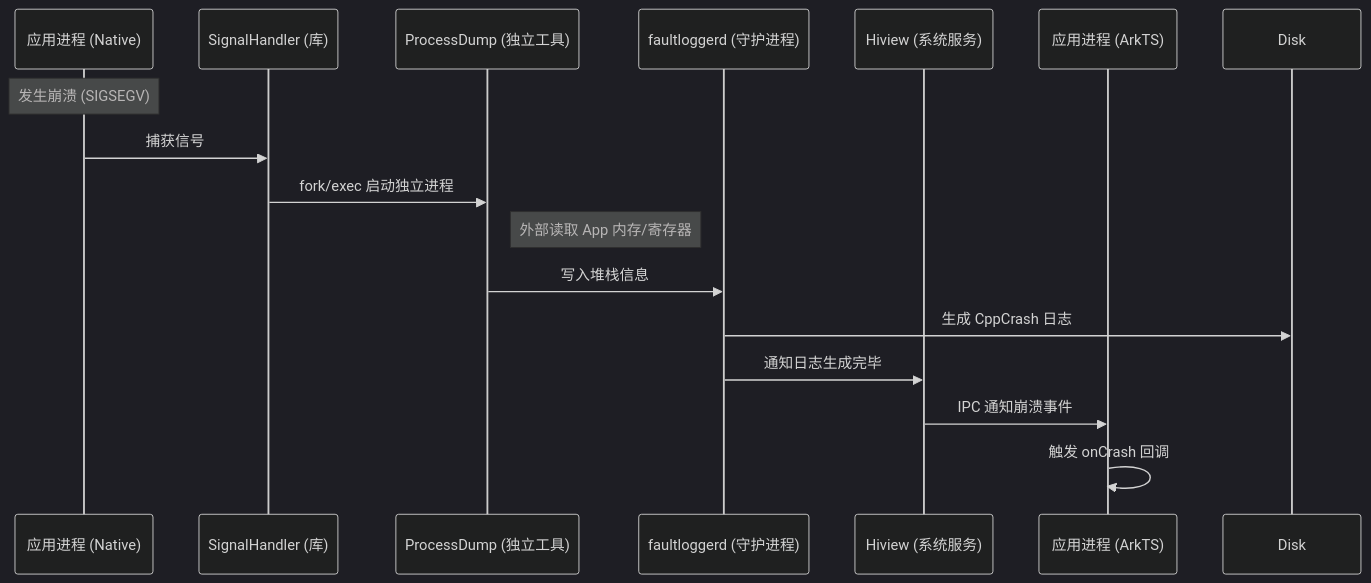
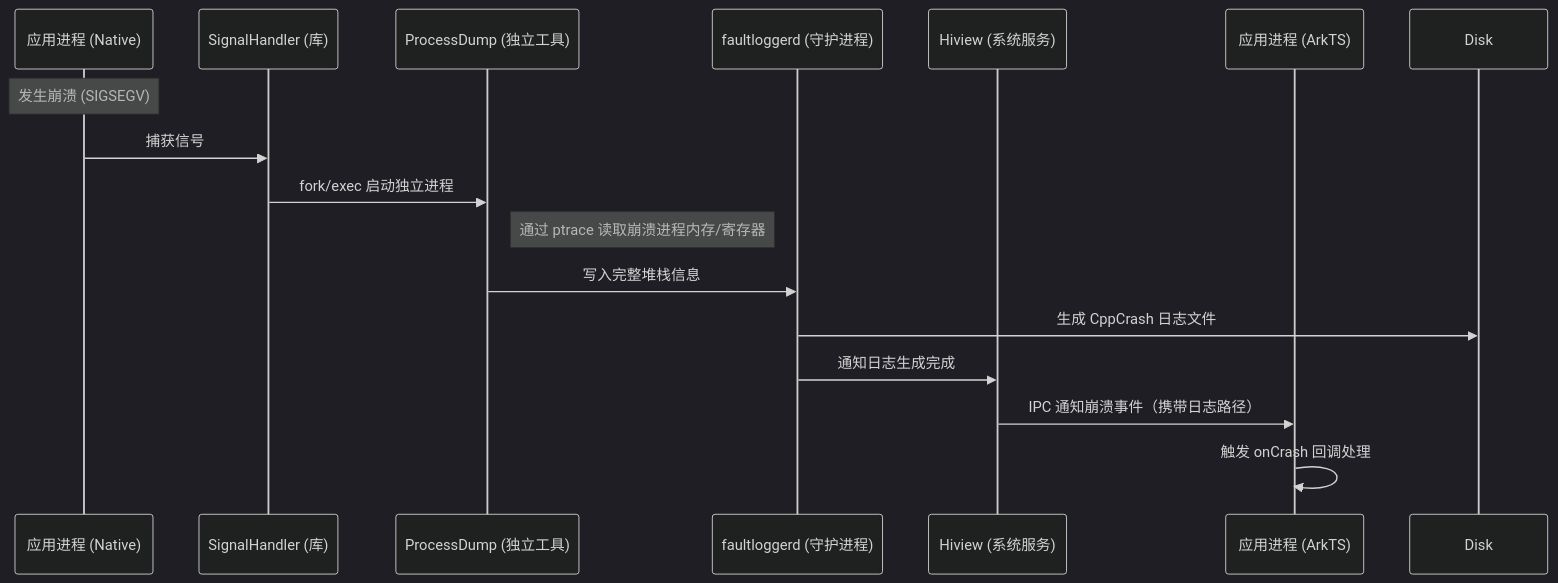
One commit to FadingLight9291117/HarmonyOS-APM changed the first of 3 diagrams in docs/apm_crash_handling_architecture.md. Above: the diagram before and after it, drawn with Mermaid (dark theme). The commit also changed other lines of this file and 16 other files, not shown here.

````diff
--- a/docs/apm_crash_handling_architecture.md
+++ b/docs/apm_crash_handling_architecture.md
@@ -80,19 +178,19 @@
 ```mermaid
 sequenceDiagram
     participant App as 应用进程 (Native)
     participant SignalHandler as SignalHandler (库)
     participant ProcessDump as ProcessDump (独立工具)
     participant FaultLoggerd as faultloggerd (守护进程)
     participant Hiview as Hiview (系统服务)
     participant ArkTS as 应用进程 (ArkTS)
 
     Note over App: 发生崩溃 (SIGSEGV)
     App->>SignalHandler: 捕获信号
     SignalHandler->>ProcessDump: fork/exec 启动独立进程
-    Note right of ProcessDump: 外部读取 App 内存/寄存器
-    ProcessDump->>FaultLoggerd: 写入堆栈信息
-    FaultLoggerd->>Disk: 生成 CppCrash 日志
-    FaultLoggerd->>Hiview: 通知日志生成完毕
-    Hiview->>ArkTS: IPC 通知崩溃事件
-    ArkTS->>ArkTS: 触发 onCrash 回调
+    Note right of ProcessDump: 通过 ptrace 读取崩溃进程内存/寄存器
+    ProcessDump->>FaultLoggerd: 写入完整堆栈信息
+    FaultLoggerd->>Disk: 生成 CppCrash 日志文件
+    FaultLoggerd->>Hiview: 通知日志生成完成
+    Hiview->>ArkTS: IPC 通知崩溃事件（携带日志路径）
+    ArkTS->>ArkTS: 触发 onCrash 回调处理
 ```
````
